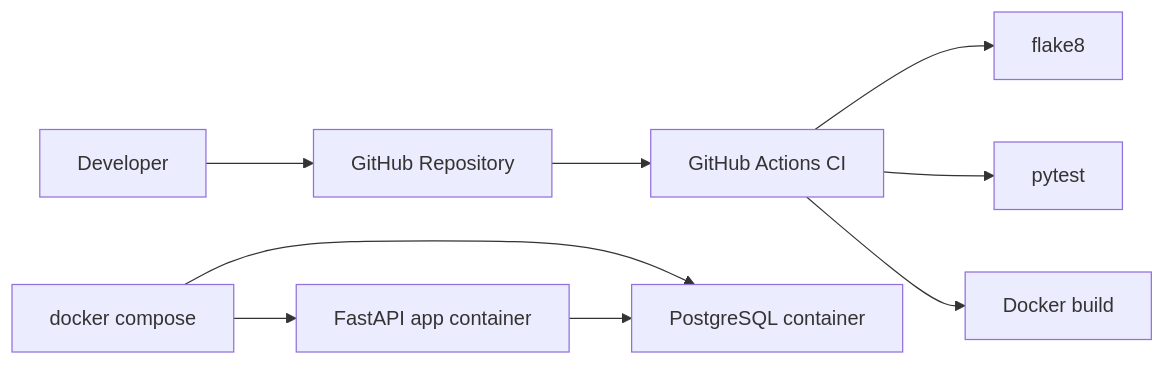
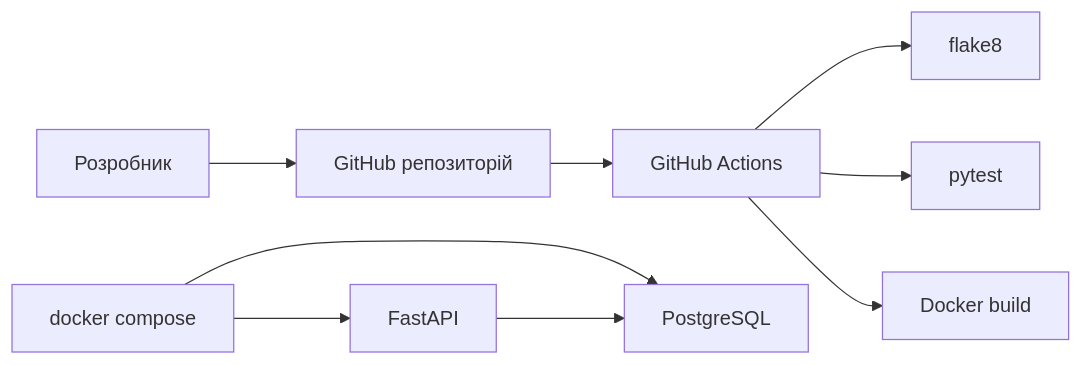
One commit to ValeraKozak/l6_ref changed the diagram in REPORT.md. Above: the diagram before and after it, drawn with Mermaid. The commit also changed other lines of this file and 1 other file, not shown here.

````diff
--- a/REPORT.md
+++ b/REPORT.md
@@ -32,11 +27,11 @@
 ```mermaid
 flowchart LR
-    Dev[Developer] --> GitHub[GitHub Repository]
-    GitHub --> Actions[GitHub Actions CI]
-    Actions --> Lint[flake8]
-    Actions --> Tests[pytest]
-    Actions --> Build[Docker build]
-    Compose[docker compose] --> App[FastAPI app container]
-    Compose --> Db[PostgreSQL container]
+    Dev[Розробник] --> Repo[GitHub репозиторій]
+    Repo --> CI[GitHub Actions]
+    CI --> Lint[flake8]
+    CI --> Tests[pytest]
+    CI --> Build[Docker build]
+    Compose[docker compose] --> App[FastAPI]
+    Compose --> Db[PostgreSQL]
     App --> Db
 ```
````
